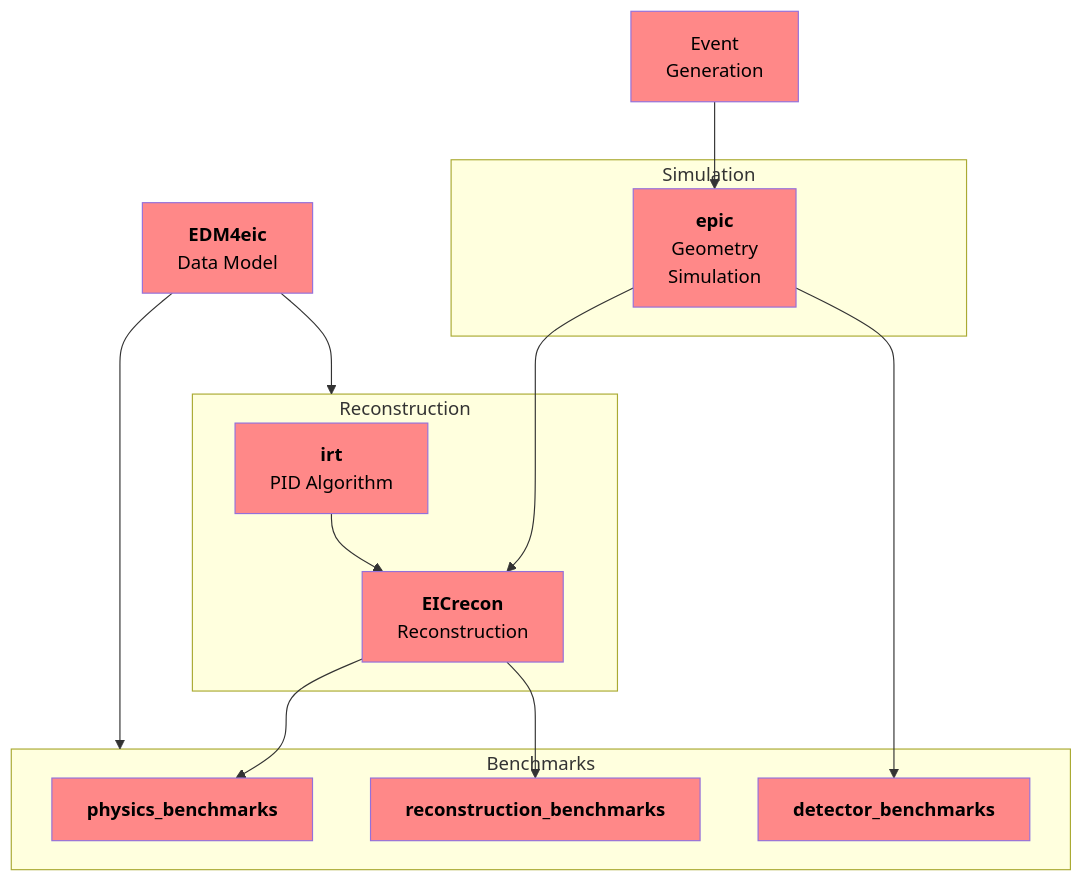
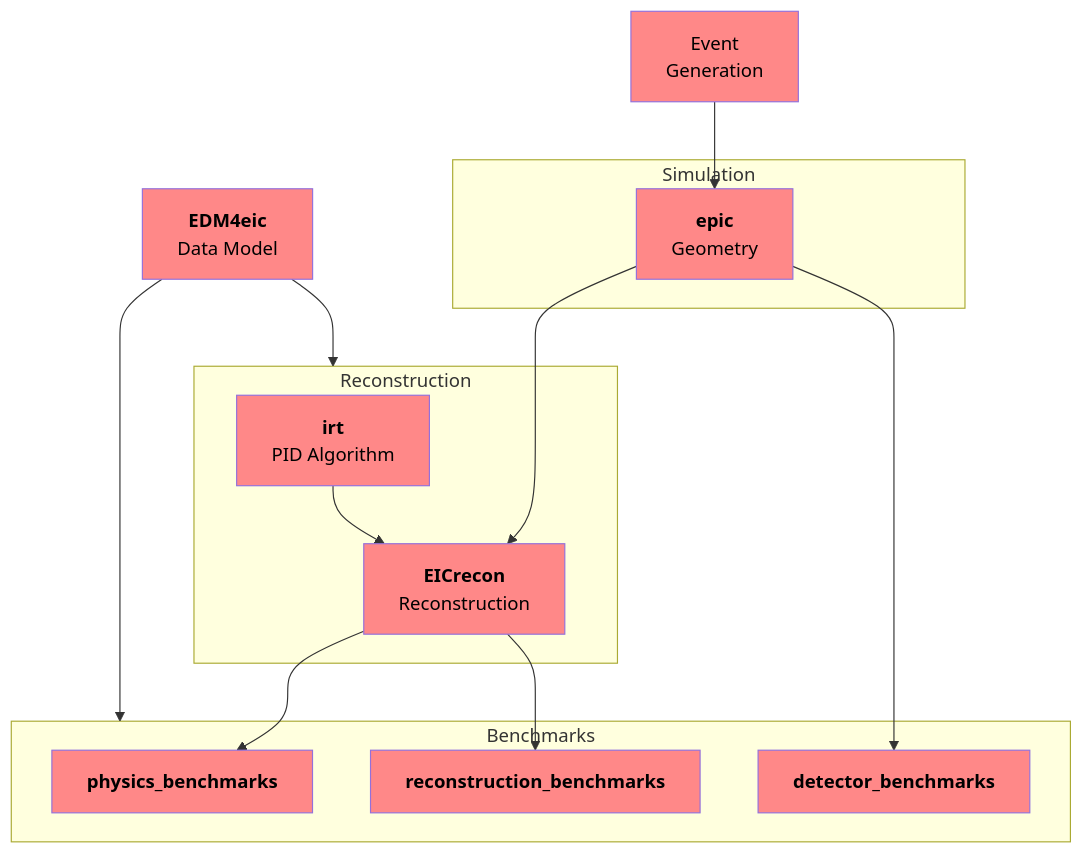
Before and after one commit to eic/drich-dev: the first of 4 diagrams in README.md, drawn with Mermaid.

Commit message:
modified:   README.md

````diff
--- a/README.md
+++ b/README.md
@@ -197,26 +197,26 @@
 ```mermaid
 flowchart TB
   classDef epic fill:#ff8888,color:black
 
   EventGeneration[Event<br/>Generation]:::epic
   subgraph Simulation
-    epic[<strong>epic</strong><br/>Geometry<br/>Simulation]:::epic
+    epic[<strong>epic</strong><br/>Geometry]:::epic
   end
   subgraph Reconstruction
     irt[<strong>irt</strong><br/>PID Algorithm]:::epic
     EICrecon[<strong>EICrecon</strong><br/>Reconstruction]:::epic
   end
   subgraph Benchmarks
     PhysicsBenchmarks[<strong>physics_benchmarks</strong>]:::epic
     ReconstructionBenchmarks[<strong>reconstruction_benchmarks</strong>]:::epic
     DetectorBenchmarks[<strong>detector_benchmarks</strong>]:::epic
   end
   EDM4eic[<strong>EDM4eic</strong><br/>Data Model]:::epic
 
-  EventGeneration --> epic ---> EICrecon --> PhysicsBenchmarks
-  irt             --> EICrecon
-  EICrecon        --> ReconstructionBenchmarks
+  EventGeneration -->  epic ---> EICrecon --> PhysicsBenchmarks
+  irt             -->  EICrecon
+  EICrecon        -->  ReconstructionBenchmarks
   epic            ---> DetectorBenchmarks
-  EDM4eic         --> Reconstruction
-  EDM4eic         --> Benchmarks
+  EDM4eic         -->  Reconstruction
+  EDM4eic         -->  Benchmarks
 ```
````
